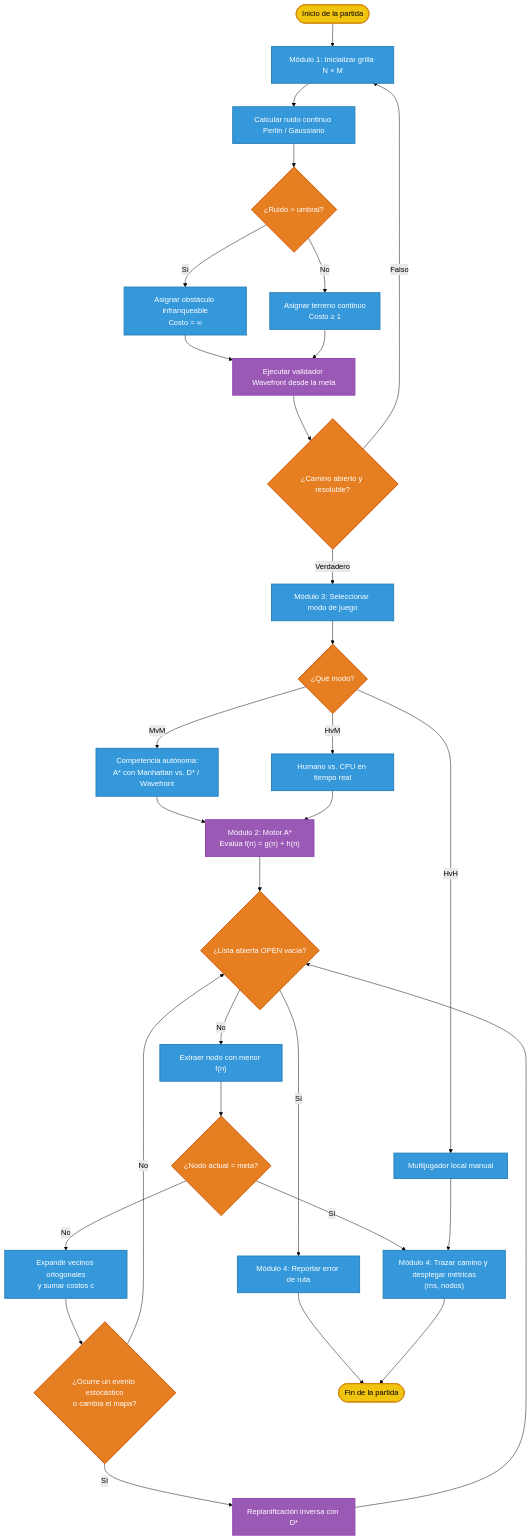
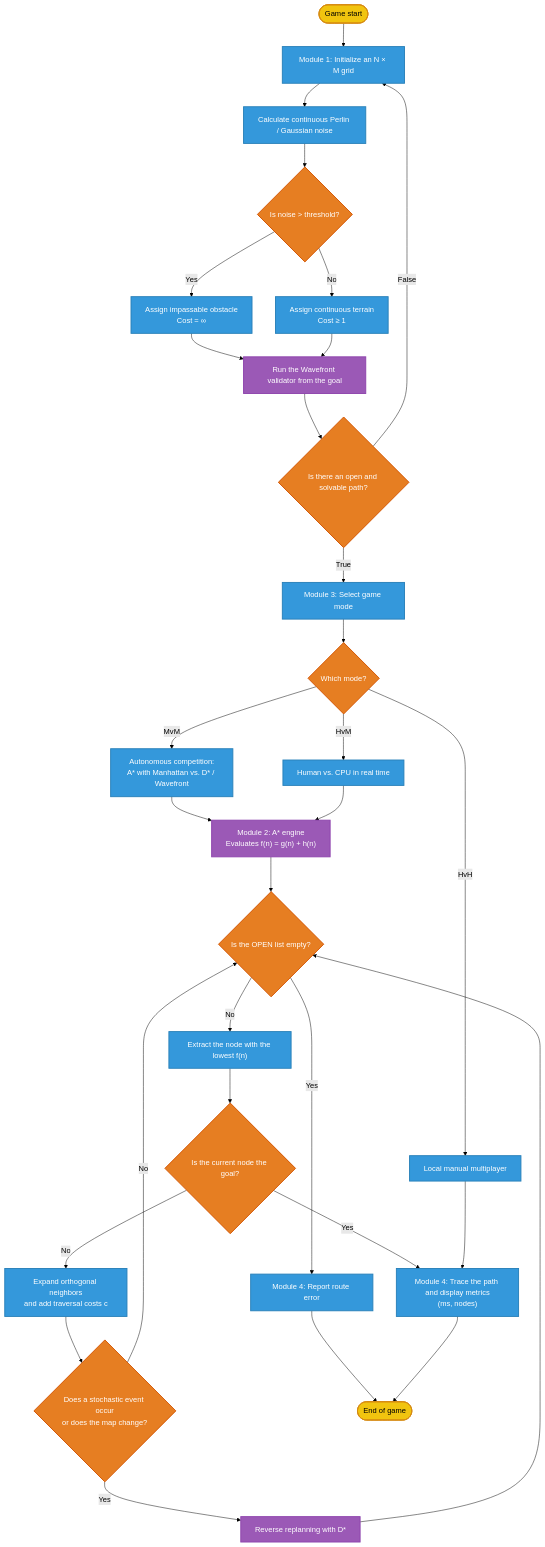
The diagram in README.md (JuanPaQuezada/stochastic-maze-navigation), drawn with Mermaid (forest theme) before and after one commit. The commit also changed other lines of this file, not shown here.

Commit message:
Translate README documentation to English

````diff
--- a/README.md
+++ b/README.md
@@ -14,57 +14,57 @@
 ```mermaid
 flowchart TD
-    %% Estilos de nodos
+    %% Node styles
     classDef startEnd fill:#F1C40F,stroke:#D68910,stroke-width:2px,color:#000;
     classDef process fill:#3498DB,stroke:#2980B9,stroke-width:2px,color:#fff;
     classDef condition fill:#E67E22,stroke:#D35400,stroke-width:2px,color:#fff;
     classDef sub fill:#9B59B6,stroke:#8E44AD,stroke-width:2px,color:#fff;
 
-    %% Flujo principal
-    START([Inicio de la partida]):::startEnd
-    M1_INIT["Módulo 1: Inicializar grilla N × M"]:::process
+    %% Main flow
+    START([Game start]):::startEnd
+    M1_INIT["Module 1: Initialize an N × M grid"]:::process
 
     START --> M1_INIT
-    M1_INIT --> M1_NOISE["Calcular ruido continuo Perlin / Gaussiano"]:::process
-    M1_NOISE --> M1_CELL{"¿Ruido > umbral?"}:::condition
+    M1_INIT --> M1_NOISE["Calculate continuous Perlin / Gaussian noise"]:::process
+    M1_NOISE --> M1_CELL{"Is noise > threshold?"}:::condition
 
-    M1_CELL -->|Sí| M1_WALL["Asignar obstáculo infranqueable<br/>Costo = ∞"]:::process
-    M1_CELL -->|No| M1_COST["Asignar terreno continuo<br/>Costo ≥ 1"]:::process
+    M1_CELL -->|Yes| M1_WALL["Assign impassable obstacle<br/>Cost = ∞"]:::process
+    M1_CELL -->|No| M1_COST["Assign continuous terrain<br/>Cost ≥ 1"]:::process
 
-    M1_WALL --> M1_WAVE["Ejecutar validador Wavefront desde la meta"]:::sub
+    M1_WALL --> M1_WAVE["Run the Wavefront validator from the goal"]:::sub
     M1_COST --> M1_WAVE
 
-    M1_WAVE --> M1_VALID{"¿Camino abierto y resoluble?"}:::condition
-    M1_VALID -->|Falso| M1_INIT
-    M1_VALID -->|Verdadero| M3_MODE["Módulo 3: Seleccionar modo de juego"]:::process
+    M1_WAVE --> M1_VALID{"Is there an open and solvable path?"}:::condition
+    M1_VALID -->|False| M1_INIT
+    M1_VALID -->|True| M3_MODE["Module 3: Select game mode"]:::process
 
-    %% Modos de juego
-    M3_MODE --> M3_CHOICE{"¿Qué modo?"}:::condition
+    %% Game modes
+    M3_MODE --> M3_CHOICE{"Which mode?"}:::condition
 
-    M3_CHOICE -->|MvM| M2_MVM["Competencia autónoma:<br/>A* con Manhattan vs. D* / Wavefront"]:::process
-    M3_CHOICE -->|HvM| M2_HVM["Humano vs. CPU en tiempo real"]:::process
-    M3_CHOICE -->|HvH| M2_HVH["Multijugador local manual"]:::process
+    M3_CHOICE -->|MvM| M2_MVM["Autonomous competition:<br/>A* with Manhattan vs. D* / Wavefront"]:::process
+    M3_CHOICE -->|HvM| M2_HVM["Human vs. CPU in real time"]:::process
+    M3_CHOICE -->|HvH| M2_HVH["Local manual multiplayer"]:::process
 
-    %% Motor de navegación
+    %% Navigation engine
     M2_MVM --> M2_ASTAR
     M2_HVM --> M2_ASTAR
-    M2_ASTAR["Módulo 2: Motor A*<br/>Evalúa f(n) = g(n) + h(n)"]:::sub
+    M2_ASTAR["Module 2: A* engine<br/>Evaluates f(n) = g(n) + h(n)"]:::sub
 
-    M2_ASTAR --> M2_LOOP{"¿Lista abierta OPEN vacía?"}:::condition
-    M2_LOOP -->|Sí| M4_ERR["Módulo 4: Reportar error de ruta"]:::process
-    M2_LOOP -->|No| M2_POP["Extraer nodo con menor f(n)"]:::process
+    M2_ASTAR --> M2_LOOP{"Is the OPEN list empty?"}:::condition
+    M2_LOOP -->|Yes| M4_ERR["Module 4: Report route error"]:::process
+    M2_LOOP -->|No| M2_POP["Extract the node with the lowest f(n)"]:::process
 
-    M2_POP --> M2_META{"¿Nodo actual = meta?"}:::condition
-    M2_META -->|Sí| M4_METRICS["Módulo 4: Trazar camino y desplegar métricas<br/>(ms, nodos)"]:::process
-    M2_META -->|No| M2_EXPAND["Expandir vecinos ortogonales<br/>y sumar costos c"]:::process
+    M2_POP --> M2_META{"Is the current node the goal?"}:::condition
+    M2_META -->|Yes| M4_METRICS["Module 4: Trace the path and display metrics<br/>(ms, nodes)"]:::process
+    M2_META -->|No| M2_EXPAND["Expand orthogonal neighbors<br/>and add traversal costs c"]:::process
 
-    M2_EXPAND --> M2_DYN{"¿Ocurre un evento estocástico<br/>o cambia el mapa?"}:::condition
-    M2_DYN -->|Sí| M2_DSTAR["Replanificación inversa con D*"]:::sub
+    M2_EXPAND --> M2_DYN{"Does a stochastic event occur<br/>or does the map change?"}:::condition
+    M2_DYN -->|Yes| M2_DSTAR["Reverse replanning with D*"]:::sub
     M2_DYN -->|No| M2_LOOP
 
     M2_DSTAR --> M2_LOOP
 
-    %% Finalización
-    M4_ERR --> END([Fin de la partida]):::startEnd
+    %% Completion
+    M4_ERR --> END([End of game]):::startEnd
     M2_HVH --> M4_METRICS
     M4_METRICS --> END
 ```
````
